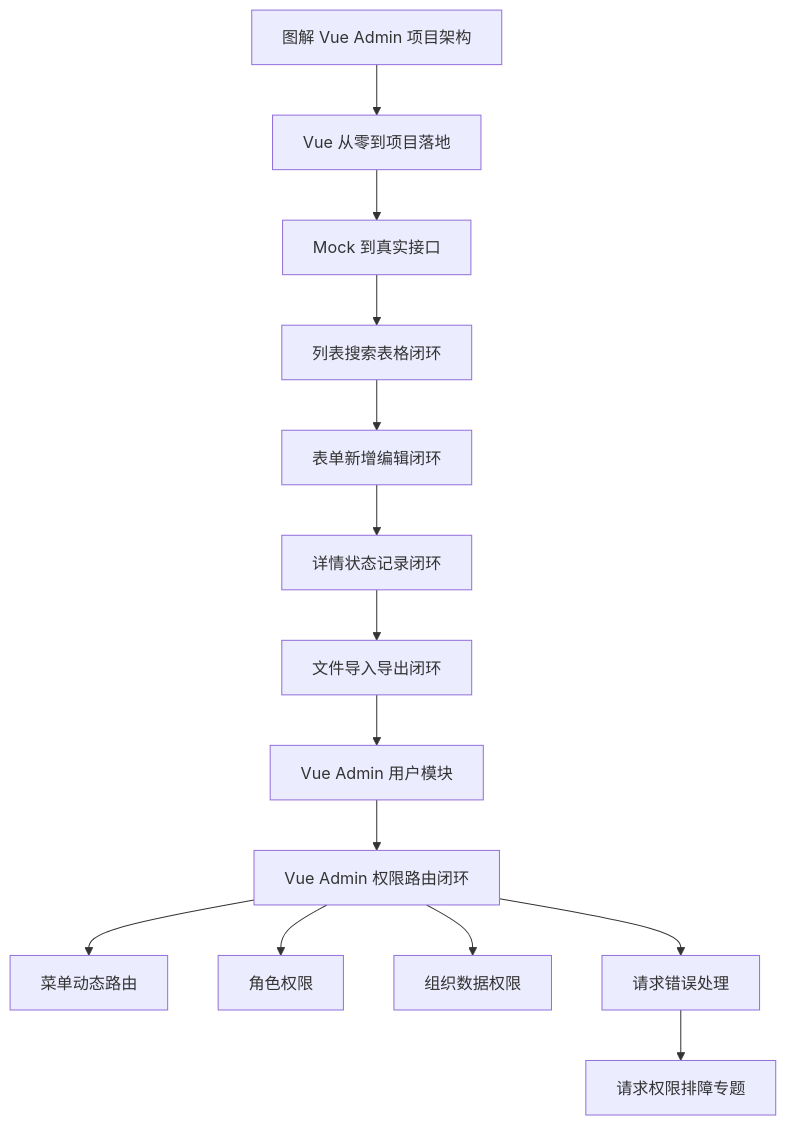
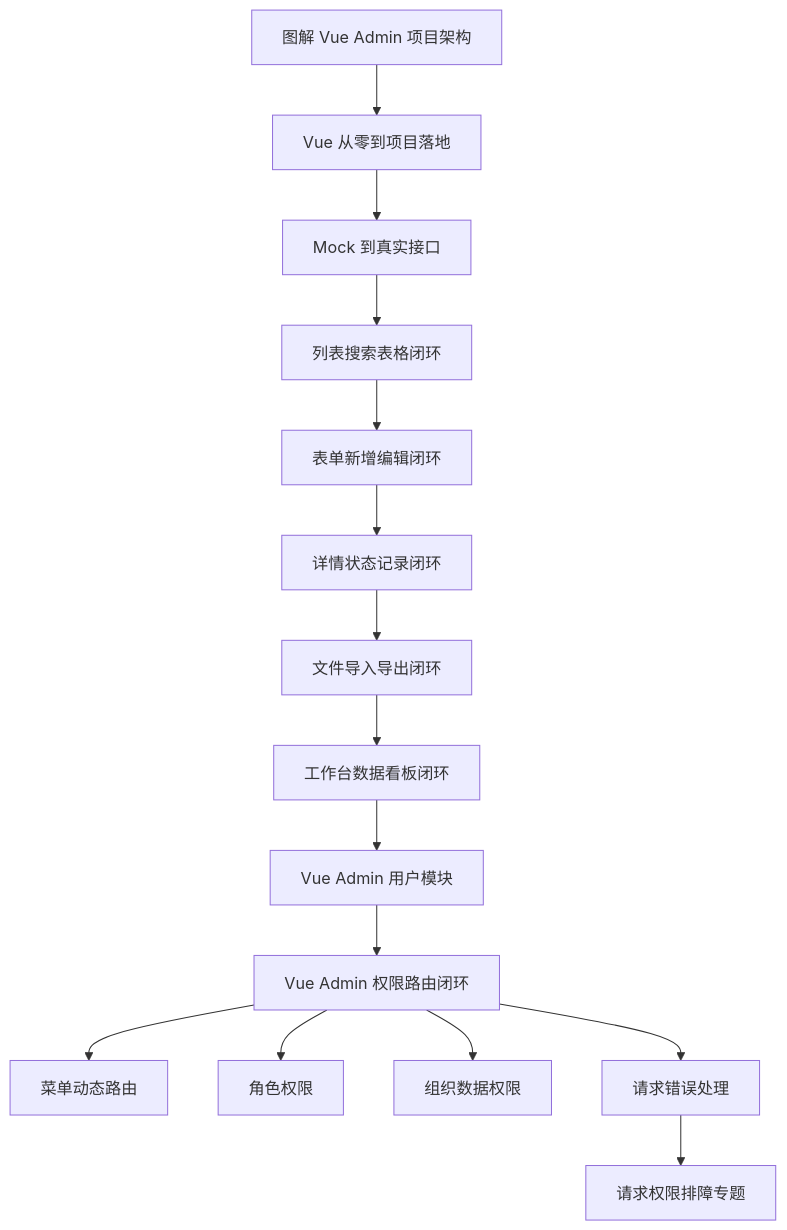
Diagram 17 of 17 in docs/vue/admin-architecture-visual-guide.md (yokry-he/yok-study-web), drawn with Mermaid before and after one commit. The commit also changed other lines of this file and 12 other files, not shown here.

Commit message:
docs: add Vue Admin dashboard analytics guide

````diff
--- a/docs/vue/admin-architecture-visual-guide.md
+++ b/docs/vue/admin-architecture-visual-guide.md
@@ -531,16 +531,17 @@
 ```mermaid
 flowchart TD
   A["图解 Vue Admin 项目架构"] --> B["Vue 从零到项目落地"]
   B --> C["Mock 到真实接口"]
   C --> D["列表搜索表格闭环"]
   D --> E["表单新增编辑闭环"]
   E --> F["详情状态记录闭环"]
   F --> G["文件导入导出闭环"]
-  G --> H["Vue Admin 用户模块"]
-  H --> I["Vue Admin 权限路由闭环"]
-  I --> J["菜单动态路由"]
-  I --> K["角色权限"]
-  I --> L["组织数据权限"]
-  I --> M["请求错误处理"]
-  M --> N["请求权限排障专题"]
+  G --> H["工作台数据看板闭环"]
+  H --> I["Vue Admin 用户模块"]
+  I --> J["Vue Admin 权限路由闭环"]
+  J --> K["菜单动态路由"]
+  J --> L["角色权限"]
+  J --> M["组织数据权限"]
+  J --> N["请求错误处理"]
+  N --> O["请求权限排障专题"]
 ```
````
